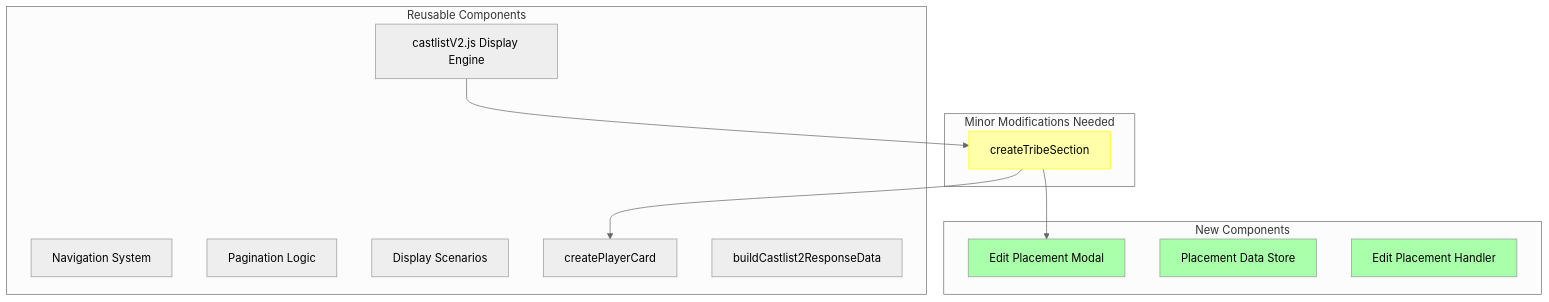
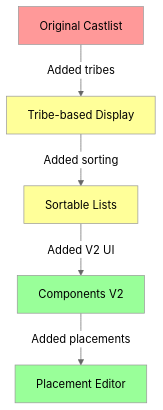
The first of 3 diagrams in RaP/0997_20250129_CastlistPlacementEditor_Analysis.md (extremedonkey/castbot), drawn with Mermaid (neutral theme) before and after one commit. The commit also changed other lines of this file and 2 other files, not shown here.

Commit message:
Fix placement editor redirect handler to properly parse edit mode suffix

````diff
--- a/RaP/0997_20250129_CastlistPlacementEditor_Analysis.md
+++ b/RaP/0997_20250129_CastlistPlacementEditor_Analysis.md
@@ -62,29 +20,13 @@
 ```mermaid
 graph TD
-    subgraph "Reusable Components"
-        CV2[castlistV2.js Display Engine]
-        NAV[Navigation System]
-        PAG[Pagination Logic]
-        DS[Display Scenarios]
-        PC[createPlayerCard]
-        BCD[buildCastlist2ResponseData]
-    end
+    A[Original Castlist] -->|Added tribes| B[Tribe-based Display]
+    B -->|Added sorting| C[Sortable Lists]
+    C -->|Added V2 UI| D[Components V2]
+    D -->|Added placements| E[Placement Editor]
 
-    subgraph "Minor Modifications Needed"
-        CTS[createTribeSection]
-        style CTS fill:#ffa,stroke:#ff0
-    end
-
-    subgraph "New Components"
-        EPM[Edit Placement Modal]
-        PDS[Placement Data Store]
-        EPH[Edit Placement Handler]
-        style EPM fill:#afa
-        style PDS fill:#afa
-        style EPH fill:#afa
-    end
-
-    CV2 --> CTS
-    CTS --> PC
-    CTS --> EPM
+    style A fill:#ff9999
+    style B fill:#ffff99
+    style C fill:#ffff99
+    style D fill:#99ff99
+    style E fill:#99ff99
 ```
````
